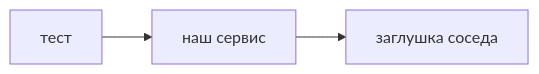
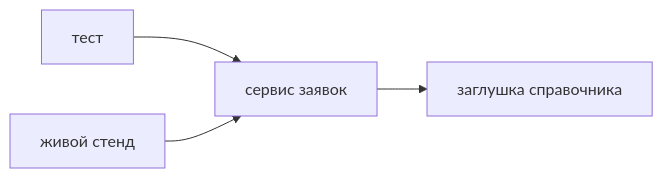
One commit to AlexanderNY/cursor_test changed the diagram in nine-to-eighteen/ui/src/data/learn/qa/qa-mocks.md. Above: the diagram before and after it, drawn with Mermaid. The commit also changed other lines of this file and 40 other files, not shown here.

````diff
--- a/nine-to-eighteen/ui/src/data/learn/qa/qa-mocks.md
+++ b/nine-to-eighteen/ui/src/data/learn/qa/qa-mocks.md
@@ -52,5 +106,6 @@
 ```mermaid
 flowchart LR
-  SUT[наш сервис] --> Stub[заглушка соседа]
-  Client[тест] --> SUT
+  Client[тест] --> SUT[сервис заявок]
+  SUT --> Stub[заглушка справочника]
+  Live[живой стенд] --> SUT
 ```
````
